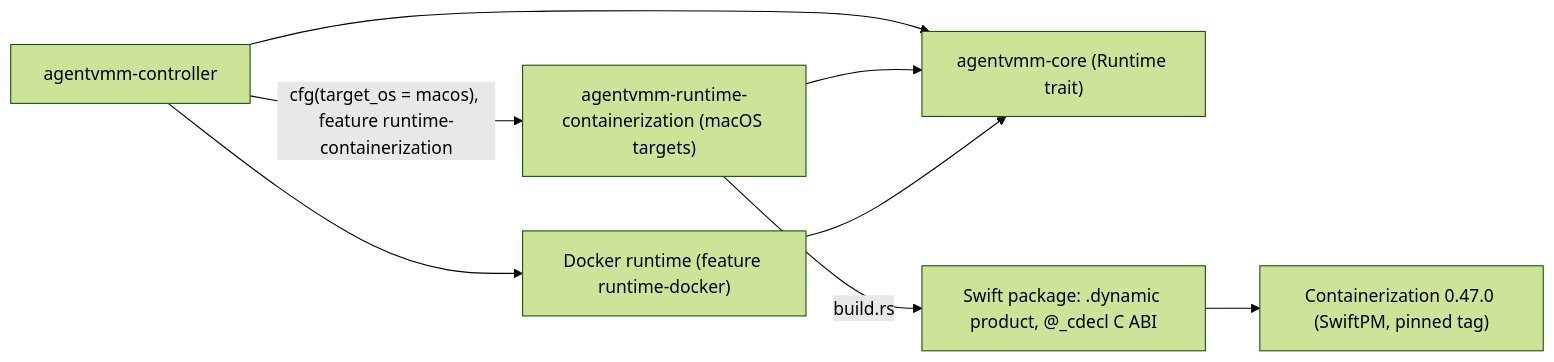
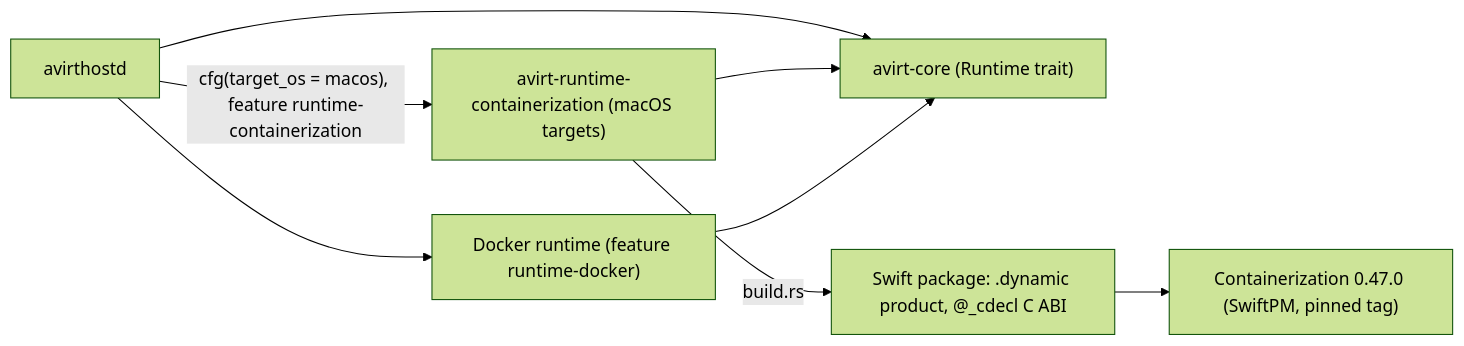
The diagram in docs/build-and-platforms.md (tbhb-dev/avirt), drawn with Mermaid (forest theme) before and after one commit. The commit also changed other lines of this file and 94 other files, not shown here.

````diff
--- a/docs/build-and-platforms.md
+++ b/docs/build-and-platforms.md
@@ -43,16 +43,16 @@
 ```mermaid
 flowchart LR
-    core["agentvmm-core (Runtime trait)"]
-    ctl["agentvmm-controller"]
-    rc["agentvmm-runtime-containerization (macOS targets)"]
+    core["avirt-core (Runtime trait)"]
+    hostd["avirthostd"]
+    rc["avirt-runtime-containerization (macOS targets)"]
     swift["Swift package: .dynamic product, @_cdecl C ABI"]
     cz["Containerization 0.47.0 (SwiftPM, pinned tag)"]
     dk["Docker runtime (feature runtime-docker)"]
-    ctl --> core
-    ctl -->|"cfg(target_os = macos), feature runtime-containerization"| rc
-    ctl --> dk
+    hostd --> core
+    hostd -->|"cfg(target_os = macos), feature runtime-containerization"| rc
+    hostd --> dk
     rc --> core
     dk --> core
     rc -->|"build.rs"| swift
     swift --> cz
 ```
````
